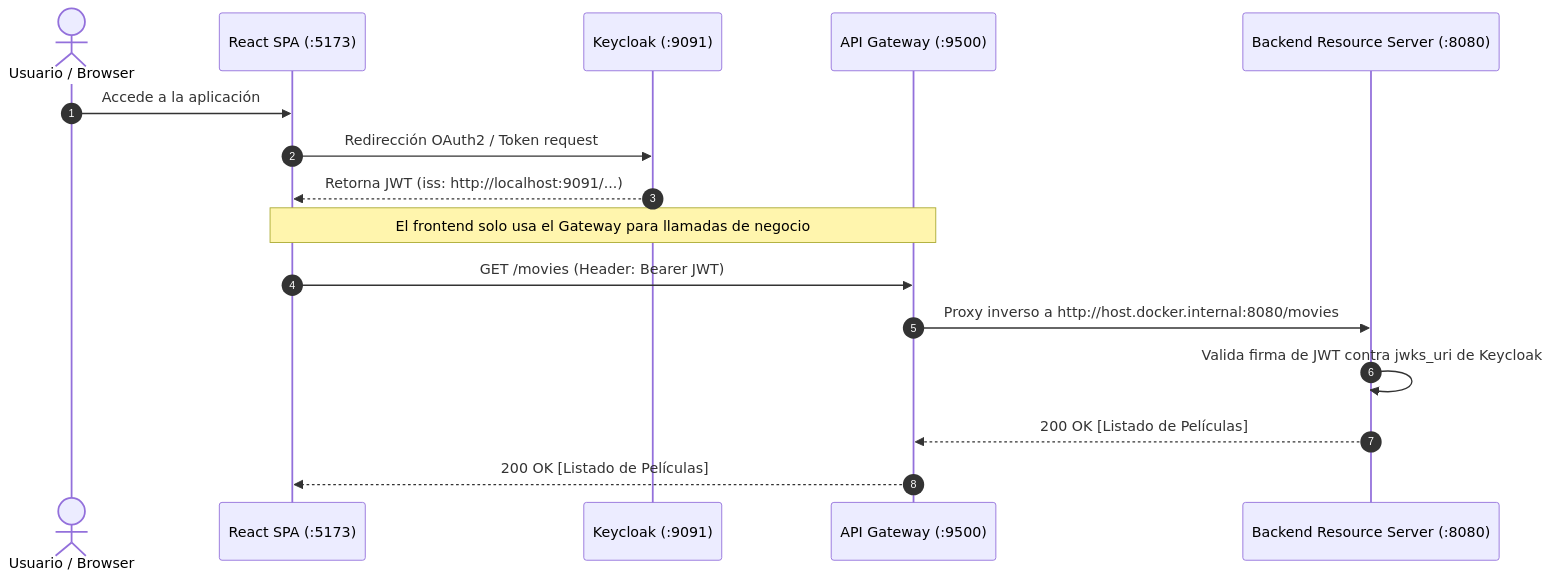
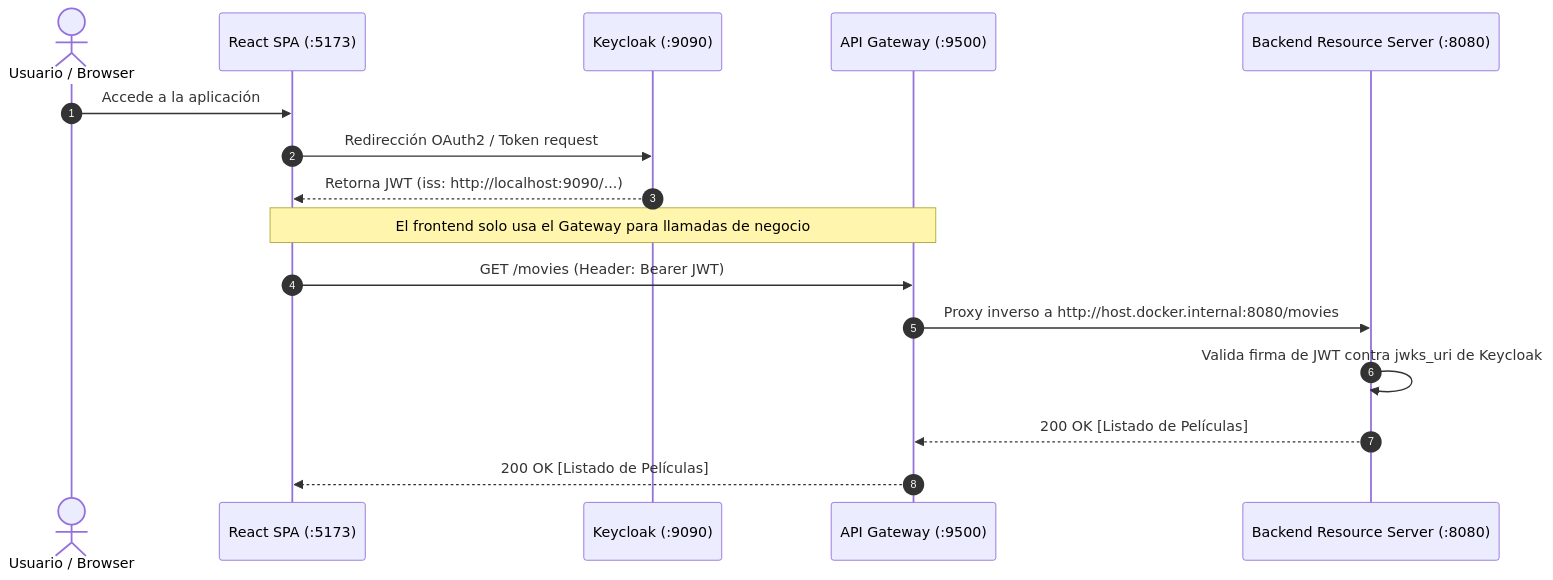
The second of 2 diagrams in docs/api-gateway.md (hmunoz/springboot-sso), drawn with Mermaid before and after one commit. The commit also changed other lines of this file and 12 other files, not shown here.

````diff
--- a/docs/api-gateway.md
+++ b/docs/api-gateway.md
@@ -60,19 +60,19 @@
 ```mermaid
 sequenceDiagram
     autonumber
     actor User as Usuario / Browser
     participant SPA as React SPA (:5173)
-    participant KC as Keycloak (:9091)
+    participant KC as Keycloak (:9090)
     participant GW as API Gateway (:9500)
     participant BE as Backend Resource Server (:8080)
 
     User->>SPA: Accede a la aplicación
     SPA->>KC: Redirección OAuth2 / Token request
-    KC-->>SPA: Retorna JWT (iss: http://localhost:9091/...)
+    KC-->>SPA: Retorna JWT (iss: http://localhost:9090/...)
     Note over SPA,GW: El frontend solo usa el Gateway para llamadas de negocio
     SPA->>GW: GET /movies (Header: Bearer JWT)
     GW->>BE: Proxy inverso a http://host.docker.internal:8080/movies
     BE->>BE: Valida firma de JWT contra jwks_uri de Keycloak
     BE-->>GW: 200 OK [Listado de Películas]
     GW-->>SPA: 200 OK [Listado de Películas]
 ```
````
